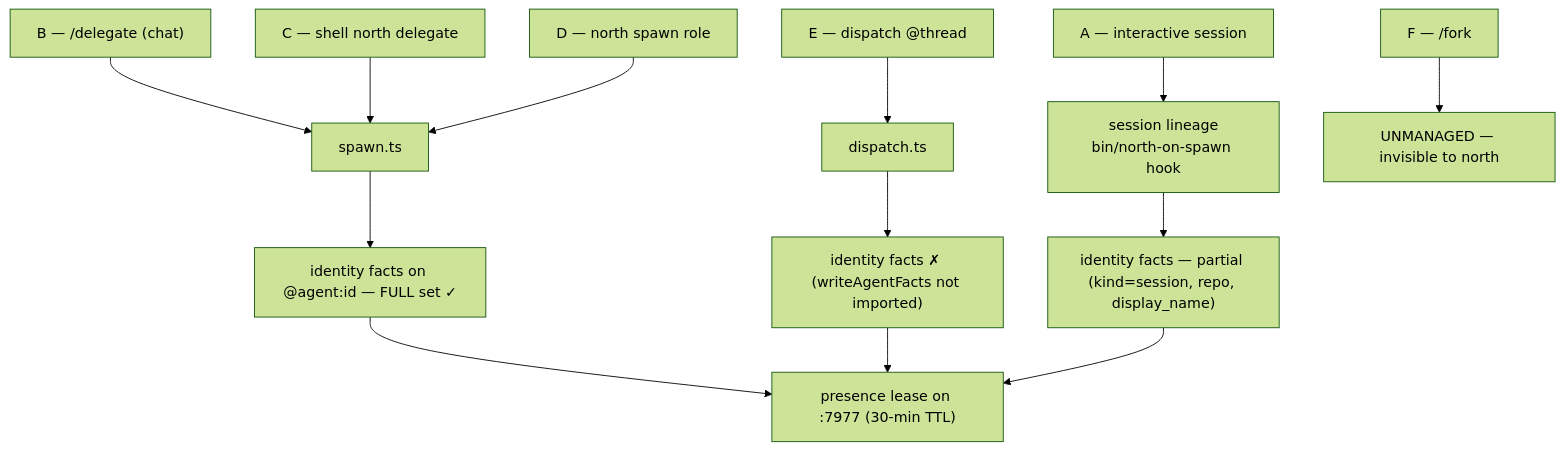
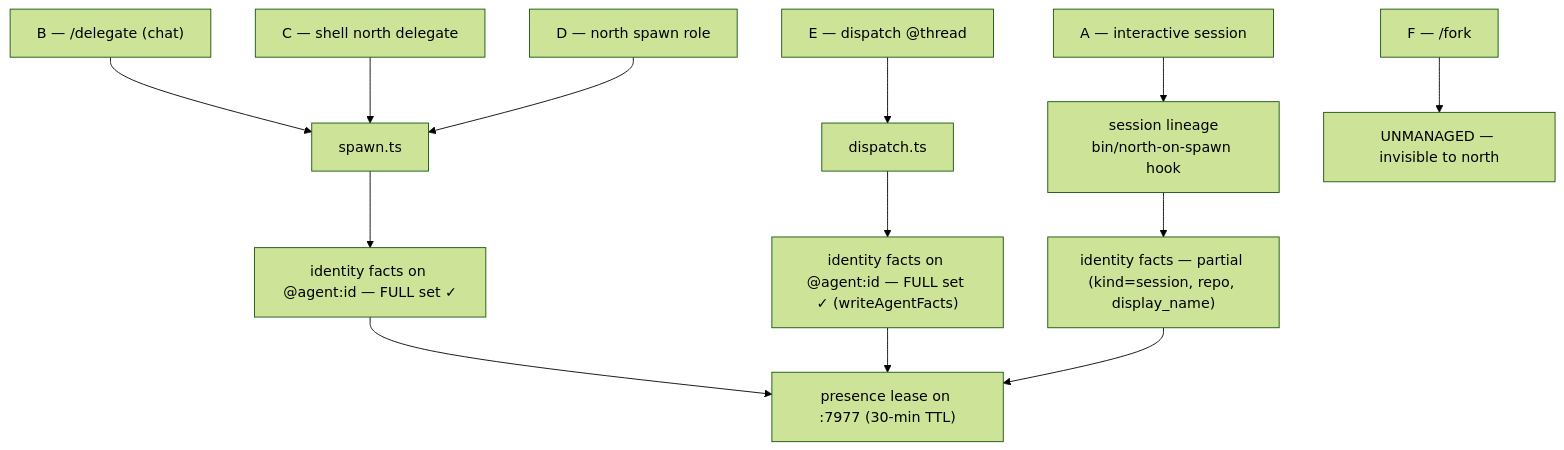
The second of 10 diagrams in docs/workflow-map.md (tompassarelli/north), drawn with Mermaid (forest theme) before and after one commit. The commit also changed other lines of this file and 7 other files, not shown here.

````diff
--- a/docs/workflow-map.md
+++ b/docs/workflow-map.md
@@ -90,15 +97,15 @@
 ```mermaid
 flowchart TD
     A["A — interactive session"] --> SES["session lineage<br/>bin/north-on-spawn hook"]
     B["B — /delegate (chat)"] --> SP["spawn.ts"]
     C["C — shell north delegate"] --> SP
     D["D — north spawn role"] --> SP
     E["E — dispatch @thread"] --> DI["dispatch.ts"]
     F["F — /fork"] --> X["UNMANAGED — invisible to north"]
     SP --> IDF["identity facts on @agent:id — FULL set ✓"]
-    DI --> NOID["identity facts ✗ (writeAgentFacts not imported)"]
+    DI --> DIDF["identity facts on @agent:id — FULL set ✓ (writeAgentFacts)"]
     SES --> PART["identity facts — partial (kind=session, repo, display_name)"]
     IDF --> P["presence lease on :7977 (30-min TTL)"]
-    NOID --> P
+    DIDF --> P
     PART --> P
 ```
````
